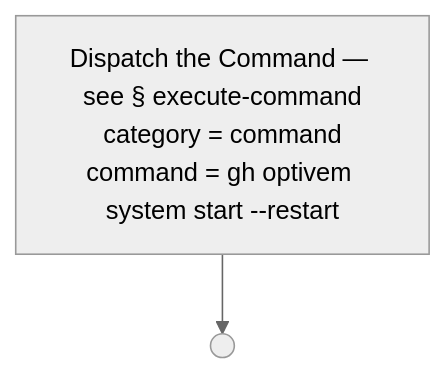
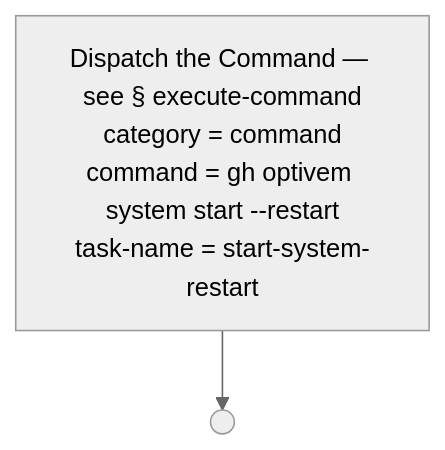
Before and after one commit to optivem/gh-optivem: diagram 48 of 51 in docs/process-diagram.md, drawn with Mermaid (neutral theme). The commit also changed other lines of this file and 6 other files, not shown here.

Commit message:
atdd: regenerate process-flow diagram

````diff
--- a/docs/process-diagram.md
+++ b/docs/process-diagram.md
@@ -884,7 +884,7 @@
 ```mermaid
 flowchart TD
-    EXECUTE_COMMAND["Dispatch the Command — see § execute-command<br/>category = command<br/>command = gh optivem system start --restart"]
+    EXECUTE_COMMAND["Dispatch the Command — see § execute-command<br/>category = command<br/>command = gh optivem system start --restart<br/>task-name = start-system-restart"]
     START_SYS_RESTART_END(( ))
 
     EXECUTE_COMMAND --> START_SYS_RESTART_END
 ```
````
